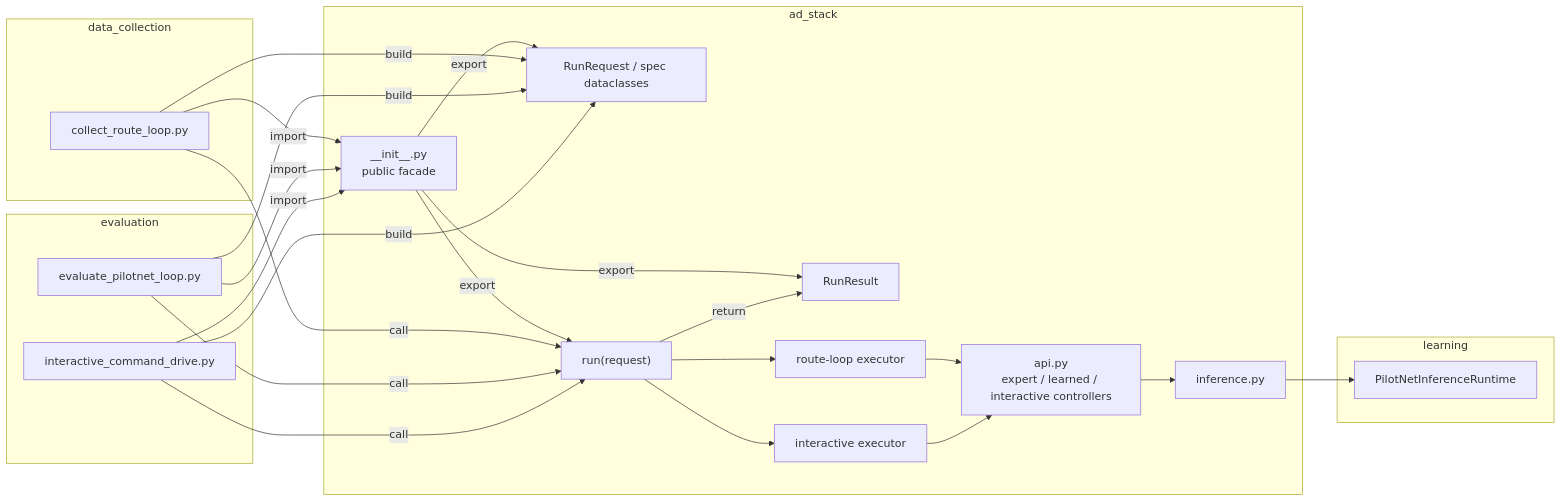
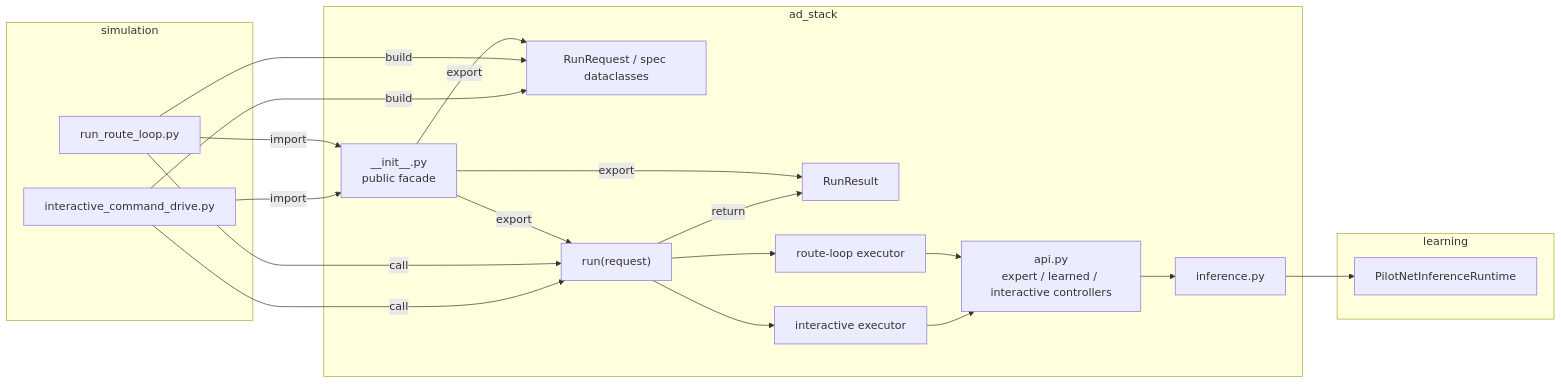
Before and after one commit to masahiro-kubota/carla_alpamayo: the second of 2 diagrams in docs/DIRECTORY_RELATIONSHIPS.md, drawn with Mermaid. The commit also changed other lines of this file and 17 other files, not shown here.

````diff
--- a/docs/DIRECTORY_RELATIONSHIPS.md
+++ b/docs/DIRECTORY_RELATIONSHIPS.md
@@ -38,51 +36,44 @@
 ```mermaid
 flowchart LR
-  subgraph data_collection["data_collection"]
-    CollectRouteLoop["collect_route_loop.py"]
-  end
-
-  subgraph evaluation["evaluation"]
-    EvaluatePilotNetLoop["evaluate_pilotnet_loop.py"]
+  subgraph simulation["simulation"]
+    RunRouteLoop["run_route_loop.py"]
     InteractiveCommandDrive["interactive_command_drive.py"]
   end
 
   subgraph ad_stack["ad_stack"]
     PublicFacade["__init__.py<br/>public facade"]
     RunRequest["RunRequest / spec dataclasses"]
     RunFn["run(request)"]
     RunResult["RunResult"]
     RouteLoopExecutor["route-loop executor"]
     InteractiveExecutor["interactive executor"]
     InternalStacks["api.py<br/>expert / learned / interactive controllers"]
     InferenceBridge["inference.py"]
   end
 
   subgraph learning["learning"]
     PilotNetRuntime["PilotNetInferenceRuntime"]
   end
 
-  CollectRouteLoop -->|import| PublicFacade
-  EvaluatePilotNetLoop -->|import| PublicFacade
+  RunRouteLoop -->|import| PublicFacade
   InteractiveCommandDrive -->|import| PublicFacade
 
   PublicFacade -->|export| RunRequest
   PublicFacade -->|export| RunFn
   PublicFacade -->|export| RunResult
 
-  CollectRouteLoop -->|build| RunRequest
-  EvaluatePilotNetLoop -->|build| RunRequest
+  RunRouteLoop -->|build| RunRequest
   InteractiveCommandDrive -->|build| RunRequest
 
-  CollectRouteLoop -->|call| RunFn
-  EvaluatePilotNetLoop -->|call| RunFn
+  RunRouteLoop -->|call| RunFn
   InteractiveCommandDrive -->|call| RunFn
 
   RunFn -->|return| RunResult
   RunFn --> RouteLoopExecutor
   RunFn --> InteractiveExecutor
 
   RouteLoopExecutor --> InternalStacks
   InteractiveExecutor --> InternalStacks
   InternalStacks --> InferenceBridge
   InferenceBridge --> PilotNetRuntime
 ```
````
